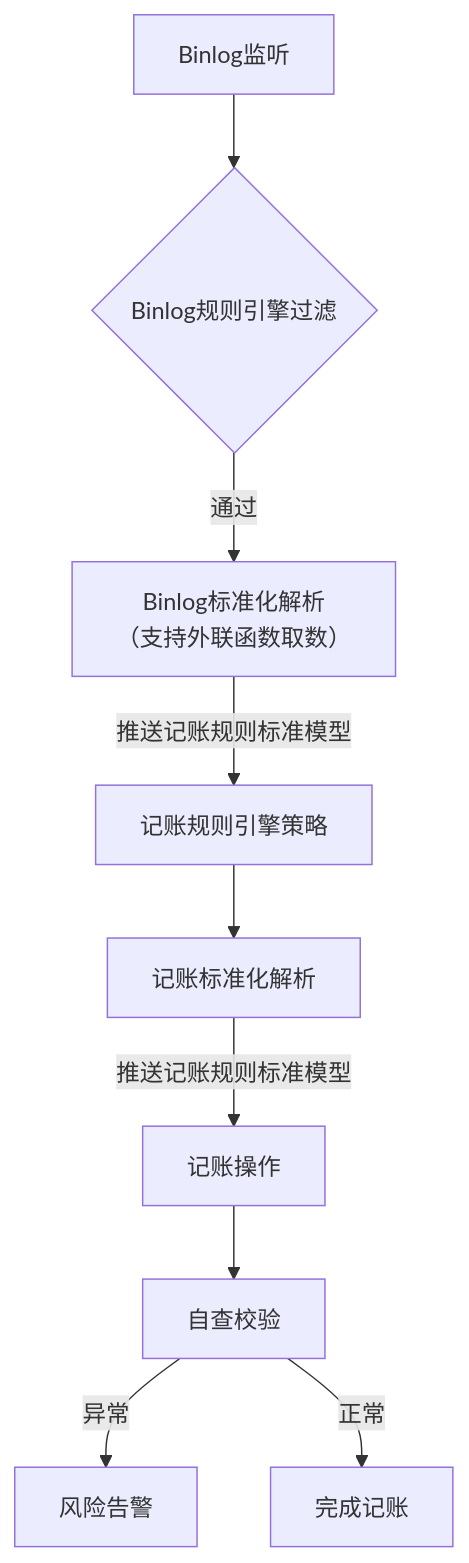
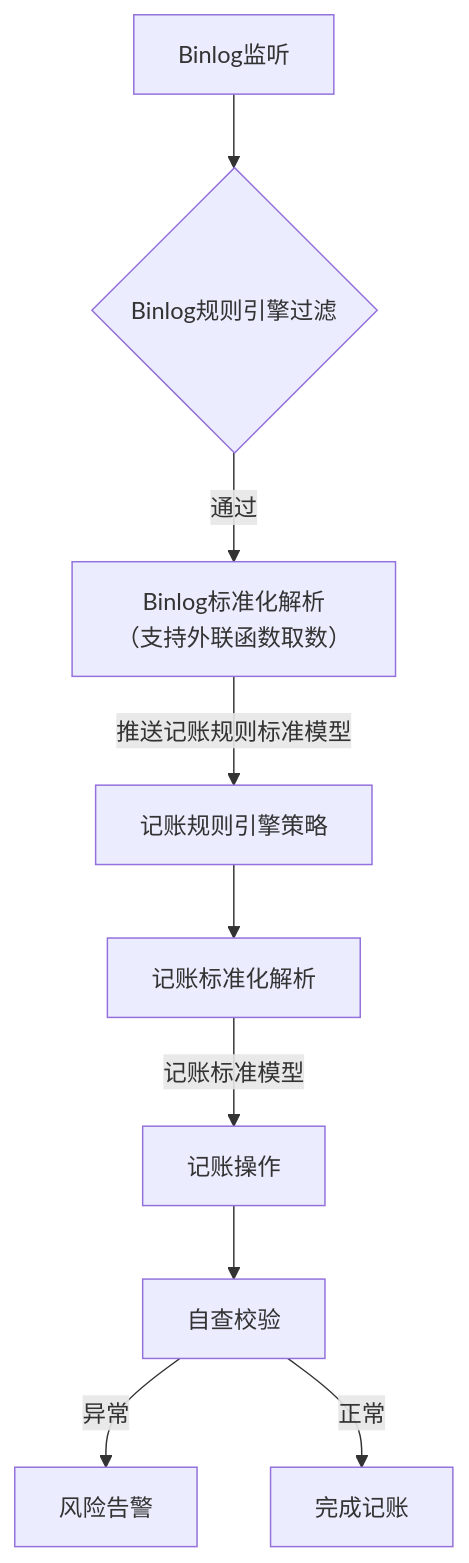
Before and after one commit to 87828943/iodraw-files: the diagram in all/架构流程.md, drawn with Mermaid.

Commit message:
2025-07-07 11:27:52 update

````diff
--- a/all/架构流程.md
+++ b/all/架构流程.md
@@ -1,12 +1,12 @@
 ```mermaid
 graph TD
     A[Binlog监听] --> B{Binlog规则引擎过滤}
     B -->|通过| C[Binlog标准化解析
     （支持外联函数取数）]
     C --> |推送记账规则标准模型|D[记账规则引擎策略]
     D --> E[记账标准化解析]
-    E --> |推送记账规则标准模型|F[记账操作]
+    E --> |记账标准模型|F[记账操作]
     F --> G[自查校验]
     G -->|异常| H[风险告警]
     G -->|正常| I[完成记账]
 ```
````
